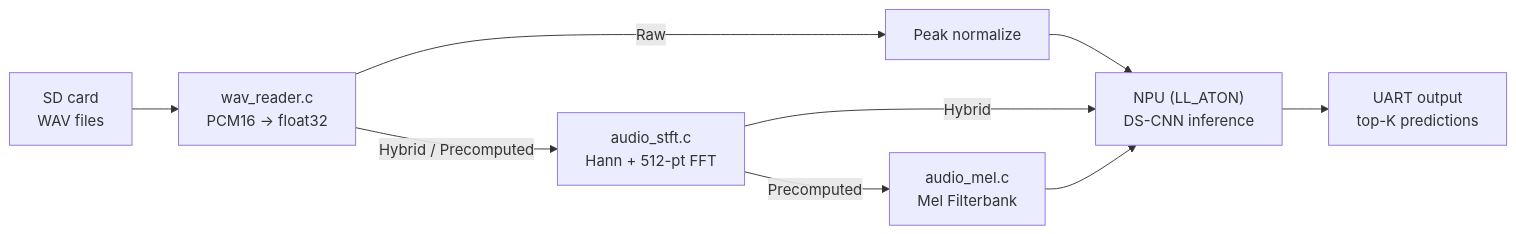
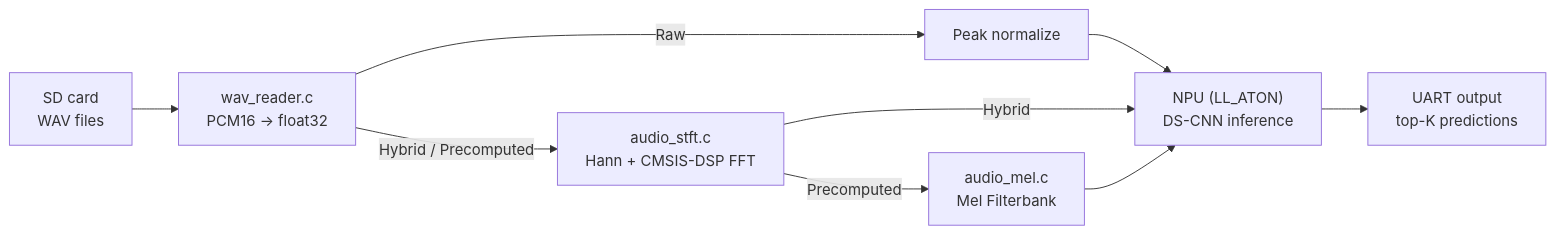
The diagram in docs/firmware/index.md (birdnet-team/birdnet-stm32), drawn with Mermaid before and after one commit. The commit also changed other lines of this file and 76 other files, not shown here.

First line of the commit message:
Compute the hybrid STFT with CMSIS-DSP on Helium

````diff
--- a/docs/firmware/index.md
+++ b/docs/firmware/index.md
@@ -29,10 +29,10 @@
 ```mermaid
 flowchart LR
     SD["SD card<br/>WAV files"] --> WAV["wav_reader.c<br/>PCM16 → float32"]
-    WAV --> |Hybrid / Precomputed| STFT["audio_stft.c<br/>Hann + 512-pt FFT"]
+    WAV --> |Hybrid / Precomputed| STFT["audio_stft.c<br/>Hann + CMSIS-DSP FFT"]
     WAV --> |Raw| NORM["Peak normalize"] --> NPU
     STFT --> |Precomputed| Mel["audio_mel.c<br/>Mel Filterbank"]
     STFT --> |Hybrid| NPU["NPU (LL_ATON)<br/>DS-CNN inference"]
     Mel --> NPU
     NPU --> UART["UART output<br/>top-K predictions"]
 ```
````
